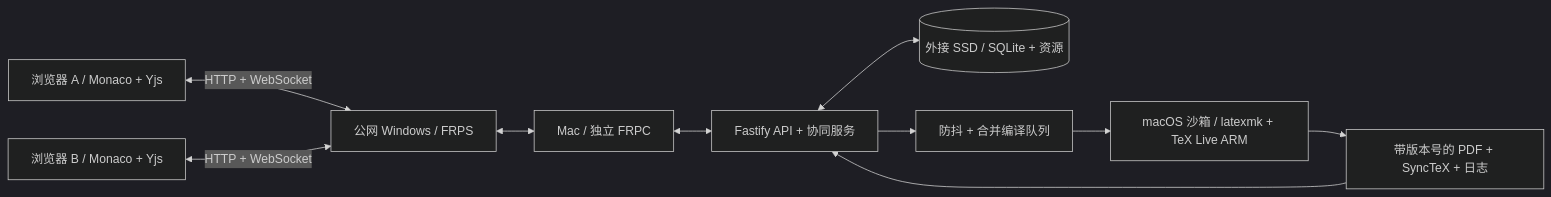
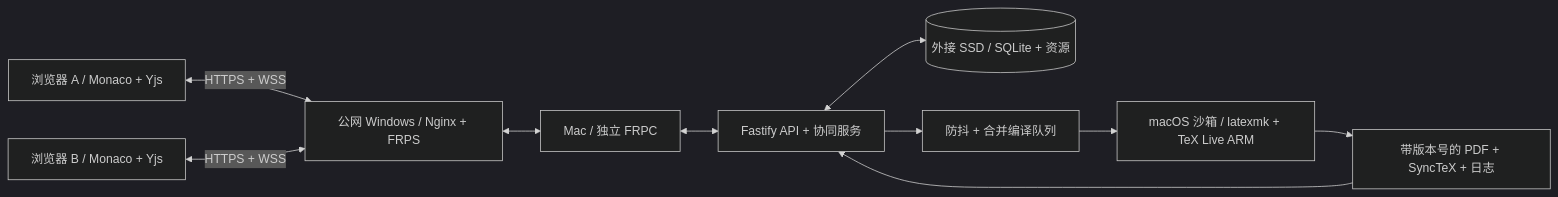
The diagram in docs/architecture.md (nasssaaa/papereditor), drawn with Mermaid (dark theme) before and after one commit. The commit also changed other lines of this file and 21 other files, not shown here.

````diff
--- a/docs/architecture.md
+++ b/docs/architecture.md
@@ -7,12 +7,12 @@
 ```mermaid
 flowchart LR
-    A[浏览器 A / Monaco + Yjs] <-->|HTTP + WebSocket| F[公网 Windows / FRPS]
-    B[浏览器 B / Monaco + Yjs] <-->|HTTP + WebSocket| F
+    A[浏览器 A / Monaco + Yjs] <-->|HTTPS + WSS| F[公网 Windows / Nginx + FRPS]
+    B[浏览器 B / Monaco + Yjs] <-->|HTTPS + WSS| F
     F <--> R[Mac / 独立 FRPC]
     R <--> S[Fastify API + 协同服务]
     S <--> D[(外接 SSD / SQLite + 资源)]
     S --> Q[防抖 + 合并编译队列]
     Q --> T[macOS 沙箱 / latexmk + TeX Live ARM]
     T --> P[带版本号的 PDF + SyncTeX + 日志]
     P --> S
 ```
````
